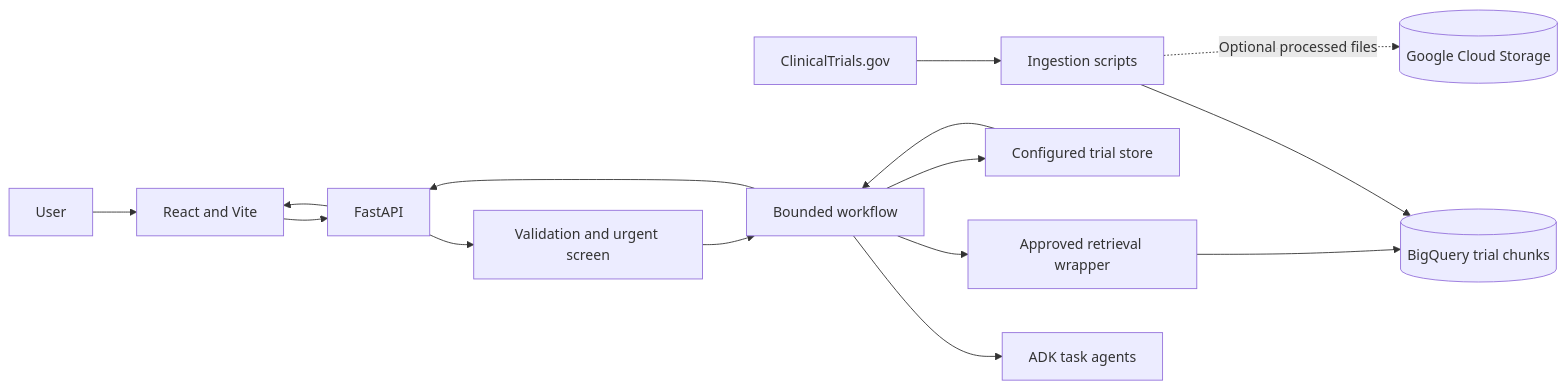
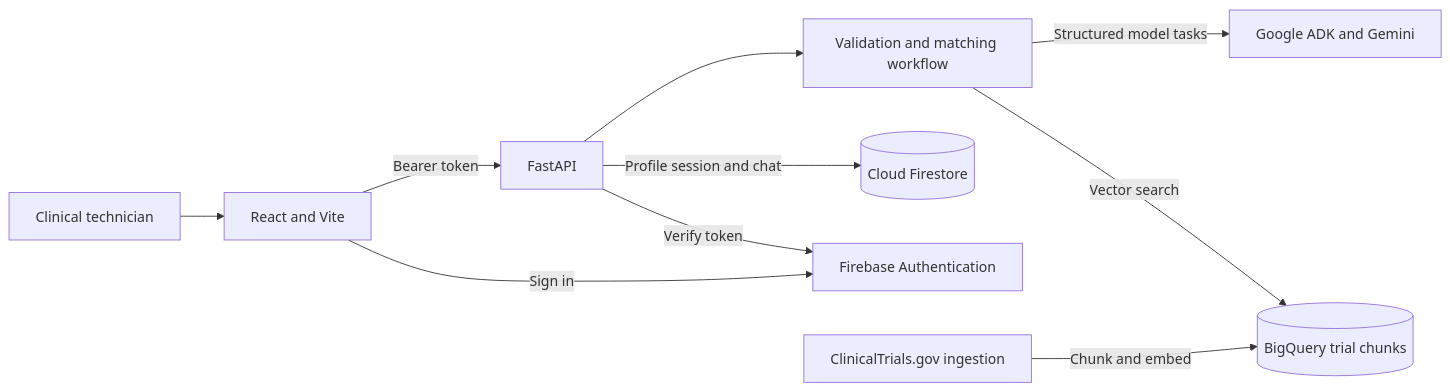
The first of 7 diagrams in ARCHITECTURE.md (Aditya190704/CLINICAL-TRIAL-RAG-), drawn with Mermaid before and after one commit. The commit also changed other lines of this file and 26 other files, not shown here.

````diff
--- a/ARCHITECTURE.md
+++ b/ARCHITECTURE.md
@@ -21,17 +22,12 @@
 ```mermaid
 flowchart LR
-    CTG[ClinicalTrials.gov] --> ING[Ingestion scripts]
-    ING --> BQ[(BigQuery trial chunks)]
-    ING -. Optional processed files .-> GCS[(Google Cloud Storage)]
-    USER[User] --> UI[React and Vite]
-    UI --> API[FastAPI]
-    API --> SAFE[Validation and urgent screen]
-    SAFE --> WF[Bounded workflow]
-    WF --> ADK[ADK task agents]
-    WF --> RET[Approved retrieval wrapper]
-    RET --> BQ
-    WF --> STORE[Configured trial store]
-    STORE --> WF
-    WF --> API
-    API --> UI
+    User[Clinical technician] --> Web[React and Vite]
+    Web -->|Sign in| Auth[Firebase Authentication]
+    Web -->|Bearer token| API[FastAPI]
+    API -->|Verify token| Auth
+    API -->|Profile session and chat| DB[(Cloud Firestore)]
+    API --> Workflow[Validation and matching workflow]
+    Workflow -->|Vector search| BQ[(BigQuery trial chunks)]
+    Workflow -->|Structured model tasks| Model[Google ADK and Gemini]
+    Ingest[ClinicalTrials.gov ingestion] -->|Chunk and embed| BQ
 ```
````
